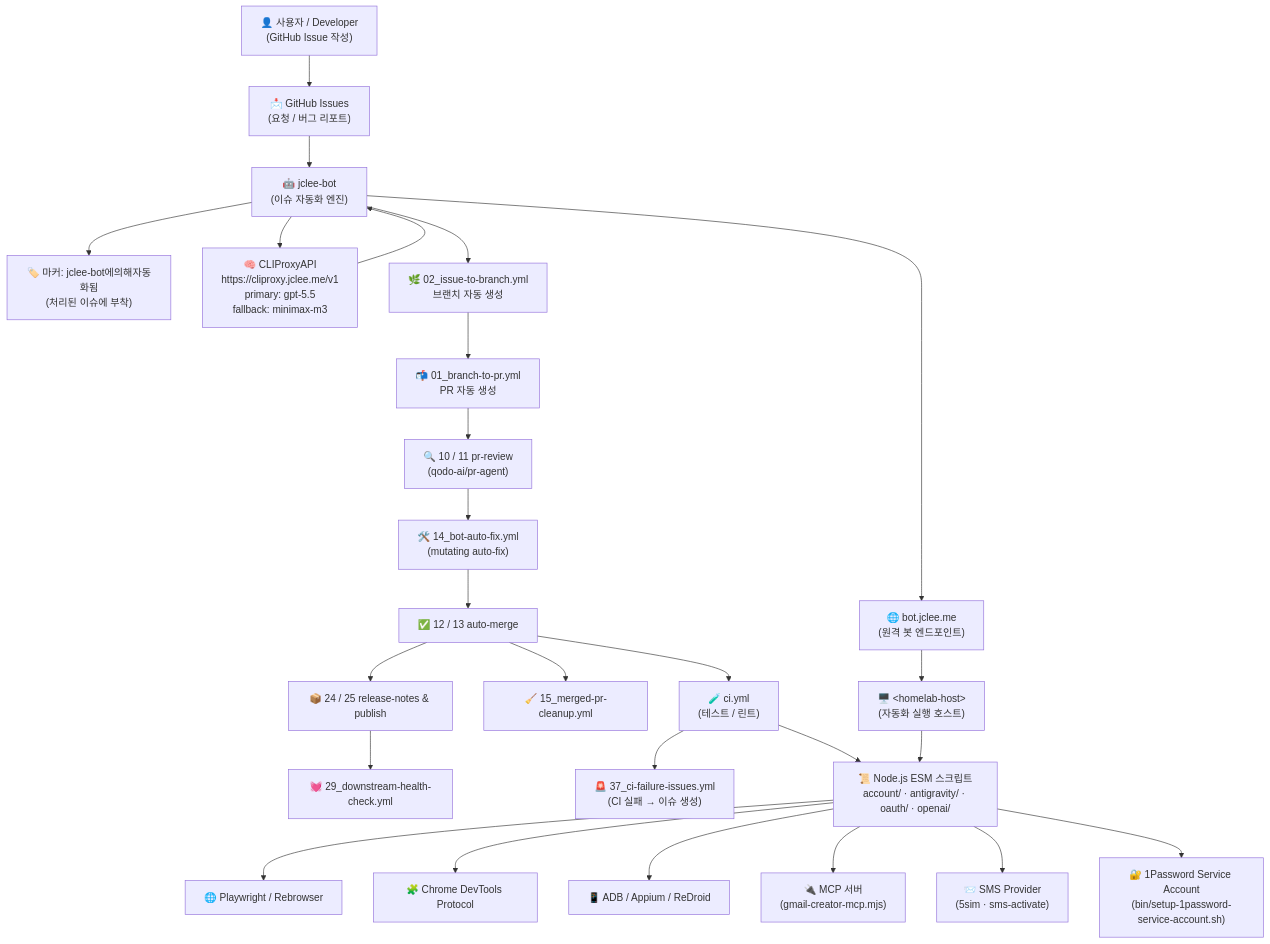
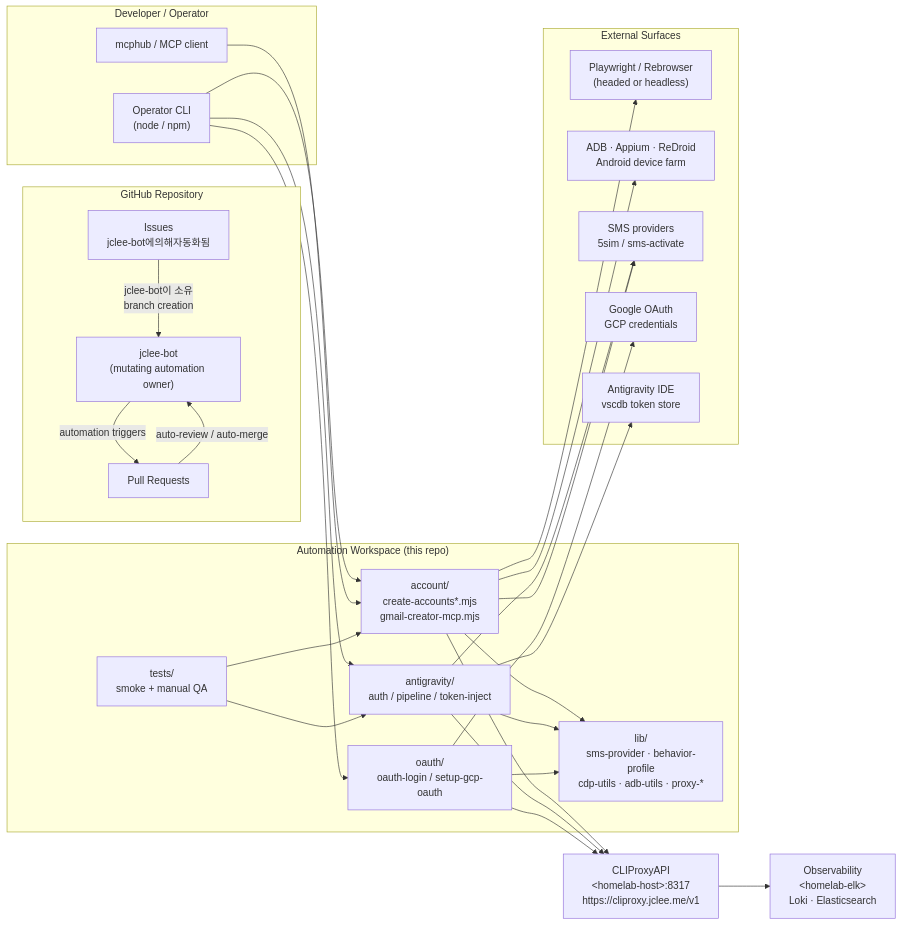
One commit to jclee941/account changed the diagram in README.md. Above: the diagram before and after it, drawn with Mermaid. The commit also changed other lines of this file, not shown here.

Commit message:
docs: auto-update README.md (#355)

````diff
--- a/README.md
+++ b/README.md
@@ -64,53 +47,55 @@
 ```mermaid
-flowchart TB
-    Dev["👤 사용자 / Developer<br/>(GitHub Issue 작성)"]
-    Issue["📩 GitHub Issues<br/>(요청 / 버그 리포트)"]
-    Bot["🤖 jclee-bot<br/>(이슈 자동화 엔진)"]
-    Marker["🏷️ 마커: jclee-bot에의해자동화됨<br/>(처리된 이슈에 부착)"]
-    Proxy["🧠 CLIProxyAPI<br/>https://cliproxy.jclee.me/v1<br/>primary: gpt-5.5<br/>fallback: minimax-m3"]
-    Branch["🌿 02_issue-to-branch.yml<br/>브랜치 자동 생성"]
-    PR["📬 01_branch-to-pr.yml<br/>PR 자동 생성"]
-    Review["🔍 10 / 11 pr-review<br/>(qodo-ai/pr-agent)"]
-    AutoFix["🛠️ 14_bot-auto-fix.yml<br/>(mutating auto-fix)"]
-    Merge["✅ 12 / 13 auto-merge"]
-    CI["🧪 ci.yml<br/>(테스트 / 린트)"]
-    Cleanup["🧹 15_merged-pr-cleanup.yml"]
-    Rel["📦 24 / 25 release-notes & publish"]
-    Health["💓 29_downstream-health-check.yml"]
-    Fail["🚨 37_ci-failure-issues.yml<br/>(CI 실패 → 이슈 생성)"]
-    BotHost["🌐 bot.jclee.me<br/>(원격 봇 엔드포인트)"]
-    Host["🖥️ &lt;homelab-host&gt;<br/>(자동화 실행 호스트)"]
-    Scripts["📜 Node.js ESM 스크립트<br/>account/ · antigravity/ · oauth/ · openai/"]
-    Playwright["🌐 Playwright / Rebrowser"]
-    CDP["🧩 Chrome DevTools Protocol"]
-    Android["📱 ADB / Appium / ReDroid"]
-    MCP["🔌 MCP 서버<br/>(gmail-creator-mcp.mjs)"]
-    SMS["📨 SMS Provider<br/>(5sim · sms-activate)"]
-    Vault["🔐 1Password Service Account<br/>(bin/setup-1password-service-account.sh)"]
+flowchart LR
+    subgraph Dev["Developer / Operator"]
+        Op["Operator CLI<br/>(node / npm)"]
+        MCP["mcphub / MCP client"]
+    end
 
-    Dev --> Issue
-    Issue --> Bot
-    Bot --> Proxy
-    Proxy --> Bot
-    Bot --> Marker
-    Bot --> Branch
-    Branch --> PR
-    PR --> Review
-    Review --> AutoFix
-    AutoFix --> Merge
-    Merge --> CI
-    CI --> Scripts
-    CI --> Fail
-    Merge --> Cleanup
-    Merge --> Rel
-    Rel --> Health
-    Bot --> BotHost
-    BotHost --> Host
-    Host --> Scripts
-    Scripts --> Playwright
-    Scripts --> CDP
-    Scripts --> Android
-    Scripts --> MCP
-    Scripts --> SMS
-    Scripts --> Vault
+    subgraph Repo["GitHub Repository"]
+        Issues["Issues<br/>jclee-bot에의해자동화됨"]
+        PRs["Pull Requests"]
+        Bot["jclee-bot<br/>(mutating automation owner)"]
+    end
+
+    subgraph WS["Automation Workspace (this repo)"]
+        Acct["account/<br/>create-accounts*.mjs<br/>gmail-creator-mcp.mjs"]
+        Anti["antigravity/<br/>auth / pipeline / token-inject"]
+        Oauth["oauth/<br/>oauth-login / setup-gcp-oauth"]
+        Lib["lib/<br/>sms-provider · behavior-profile<br/>cdp-utils · adb-utils · proxy-*"]
+        Tests["tests/<br/>smoke + manual QA"]
+    end
+
+    subgraph Ext["External Surfaces"]
+        Browser["Playwright / Rebrowser<br/>(headed or headless)"]
+        ADB["ADB · Appium · ReDroid<br/>Android device farm"]
+        SMS["SMS providers<br/>5sim / sms-activate"]
+        GCP["Google OAuth<br/>GCP credentials"]
+        Antigravity["Antigravity IDE<br/>vscdb token store"]
+    end
+
+    Proxy["CLIProxyAPI<br/>&lt;homelab-host&gt;:8317<br/>https://cliproxy.jclee.me/v1"]
+    ELK["Observability<br/>&lt;homelab-elk&gt;<br/>Loki · Elasticsearch"]
+
+    Op --> Acct
+    Op --> Anti
+    Op --> Oauth
+    MCP --> Acct
+    Issues -- "jclee-bot이 소유<br/>branch creation" --> Bot
+    Bot -- "automation triggers" --> PRs
+    PRs -- "auto-review / auto-merge" --> Bot
+    Acct --> Lib
+    Anti --> Lib
+    Oauth --> Lib
+    Acct --> Browser
+    Anti --> Antigravity
+    Acct --> ADB
+    Anti --> SMS
+    Acct --> SMS
+    Oauth --> GCP
+    Acct --> Proxy
+    Anti --> Proxy
+    Oauth --> Proxy
+    Proxy --> ELK
+    Tests --> Acct
+    Tests --> Anti
 ```
````
